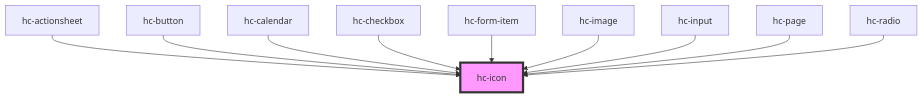
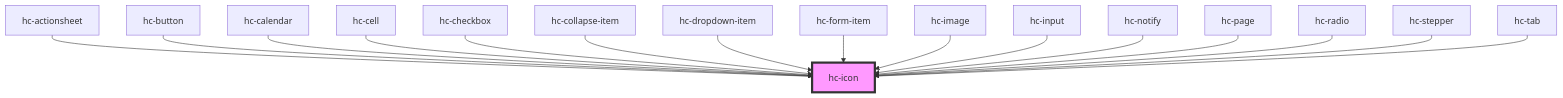
Before and after one commit to swimly/mui: the diagram in src/components/icon/readme.md, drawn with Mermaid. The commit also changed other lines of this file and 51 other files, not shown here.

````diff
--- a/src/components/icon/readme.md
+++ b/src/components/icon/readme.md
@@ -33,13 +39,19 @@
 ```mermaid
 graph TD;
   hc-actionsheet --> hc-icon
   hc-button --> hc-icon
   hc-calendar --> hc-icon
+  hc-cell --> hc-icon
   hc-checkbox --> hc-icon
+  hc-collapse-item --> hc-icon
+  hc-dropdown-item --> hc-icon
   hc-form-item --> hc-icon
   hc-image --> hc-icon
   hc-input --> hc-icon
+  hc-notify --> hc-icon
   hc-page --> hc-icon
   hc-radio --> hc-icon
+  hc-stepper --> hc-icon
+  hc-tab --> hc-icon
   style hc-icon fill:#f9f,stroke:#333,stroke-width:4px
 ```
````
